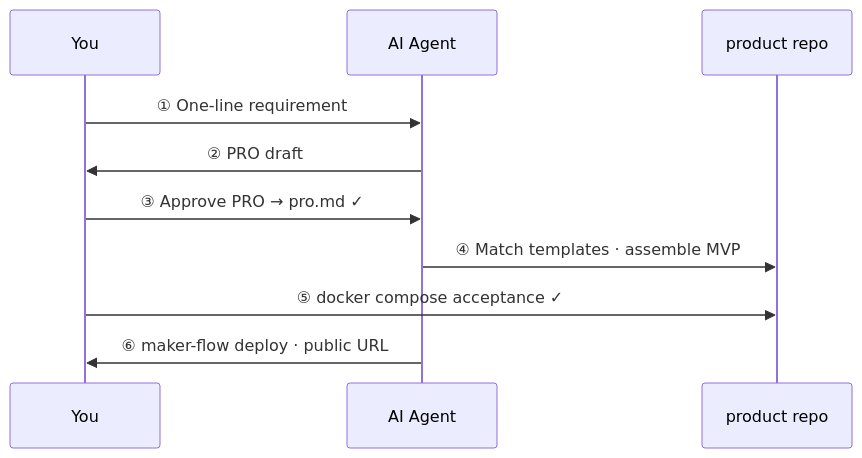
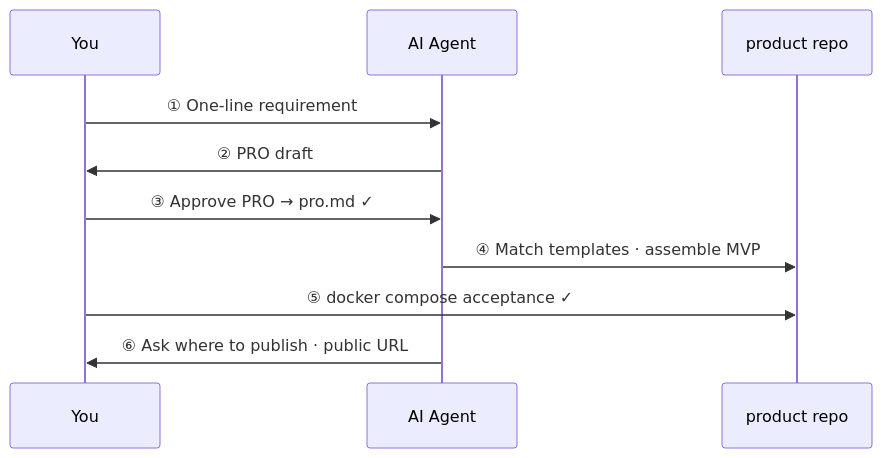
The diagram in docs/getting-started.md (LJTian/maker-flow), drawn with Mermaid before and after one commit. The commit also changed other lines of this file and 40 other files, not shown here.

````diff
--- a/docs/getting-started.md
+++ b/docs/getting-started.md
@@ -29,13 +29,13 @@
 ```mermaid
 sequenceDiagram
     participant U as You
     participant A as AI Agent
     participant P as product repo
 
     U->>A: ① One-line requirement
     A->>U: ② PRO draft
     U->>A: ③ Approve PRO → pro.md ✓
     A->>P: ④ Match templates · assemble MVP
     U->>P: ⑤ docker compose acceptance ✓
-    A->>U: ⑥ maker-flow deploy · public URL
+    A->>U: ⑥ Ask where to publish · public URL
 ```
````
